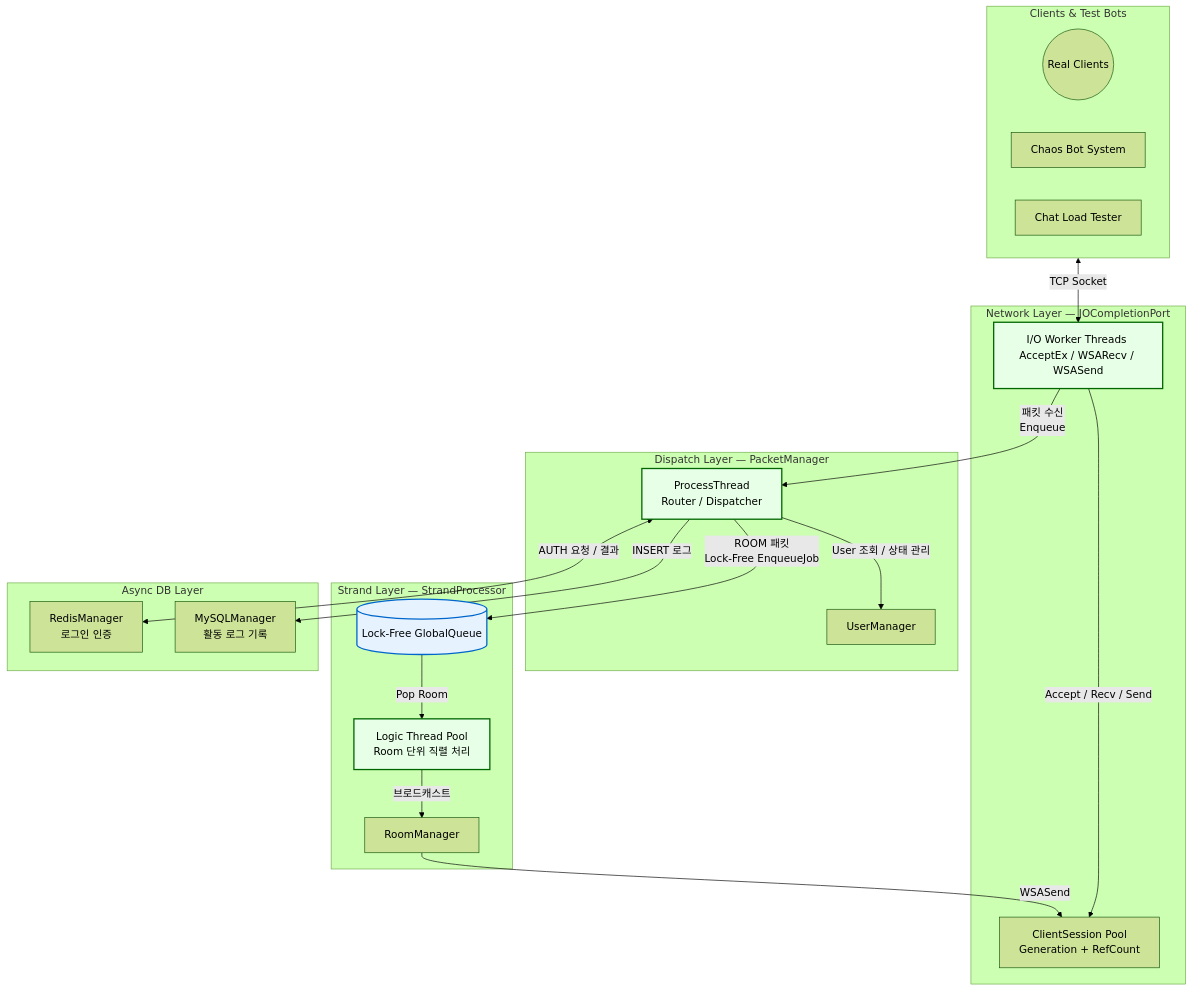
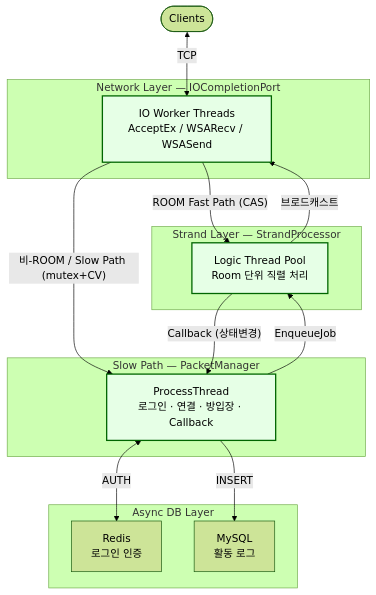
Before and after one commit to kanghyoungwoo/IOCP: the diagram in README.md, drawn with Mermaid (forest theme). The commit also changed other lines of this file and 3 other files, not shown here.

````diff
--- a/README.md
+++ b/README.md
@@ -189,46 +189,33 @@
 ```mermaid
 graph TD
-    subgraph External ["Clients & Test Bots"]
-        Clients((Real Clients))
-        ChaosBot[Chaos Bot System]
-        LoadTester[Chat Load Tester]
+    Client(["Clients"])
+
+    subgraph IOCP ["Network Layer — IOCompletionPort"]
+        IOWorkers["IO Worker Threads\nAcceptEx / WSARecv / WSASend"]
     end
 
-    subgraph Network ["Network Layer — IOCompletionPort"]
-        IOWorkers["I/O Worker Threads \nAcceptEx / WSARecv / WSASend"]
-        SessionPool["ClientSession Pool \nGeneration + RefCount"]
-        IOWorkers -->|"Accept / Recv / Send"| SessionPool
-    end
-
-    subgraph Dispatch ["Dispatch Layer — PacketManager"]
-        ProcessTh["ProcessThread\nRouter / Dispatcher"]
-        UserMgr["UserManager"]
-        ProcessTh -->|"User 조회 / 상태 관리"| UserMgr
+    subgraph Dispatch ["Slow Path — PacketManager"]
+        ProcessTh["ProcessThread\n로그인 · 연결 · 방입장 · Callback"]
     end
 
     subgraph Strand ["Strand Layer — StrandProcessor"]
-        GlobalQ[("Lock-Free GlobalQueue\n ")]
-        LogicTh["Logic Thread Pool \nRoom 단위 직렬 처리"]
-        RoomMgr["RoomManager"]
-        GlobalQ -->|"Pop Room"| LogicTh
-        LogicTh -->|"브로드캐스트"| RoomMgr
+        LogicTh["Logic Thread Pool\nRoom 단위 직렬 처리"]
     end
 
-    subgraph DB ["Async DB Layer"]
-        Redis["RedisManager\n로그인 인증"]
-        MySQL["MySQLManager\n활동 로그 기록"]
+    subgraph DBLayer ["Async DB Layer"]
+        Redis["Redis\n로그인 인증"]
+        MySQL["MySQL\n활동 로그"]
     end
 
-    External <-->|"TCP Socket"| IOWorkers
-    IOWorkers -->|"패킷 수신\nEnqueue"| ProcessTh
-    ProcessTh -->|"ROOM 패킷\nLock-Free EnqueueJob"| GlobalQ
-    ProcessTh <-->|"AUTH 요청 / 결과"| Redis
-    ProcessTh -->|"INSERT 로그"| MySQL
-    RoomMgr -->|"WSASend"| SessionPool
+    Client <-->|"TCP"| IOWorkers
+    IOWorkers -->|"ROOM Fast Path (CAS)"| LogicTh
+    IOWorkers -->|"비-ROOM / Slow Path (mutex+CV)"| ProcessTh
+    ProcessTh -->|"EnqueueJob"| LogicTh
+    ProcessTh <-->|"AUTH"| Redis
+    ProcessTh -->|"INSERT"| MySQL
+    LogicTh -->|"브로드캐스트"| IOWorkers
+    LogicTh -->|"Callback (상태변경)"| ProcessTh
 
-    classDef lockfree fill:#e6f3ff,stroke:#0066cc,stroke-width:2px;
     classDef thread fill:#e6ffe6,stroke:#006600,stroke-width:2px;
-
-    class GlobalQ lockfree;
     class IOWorkers,ProcessTh,LogicTh thread;
 ```
````
